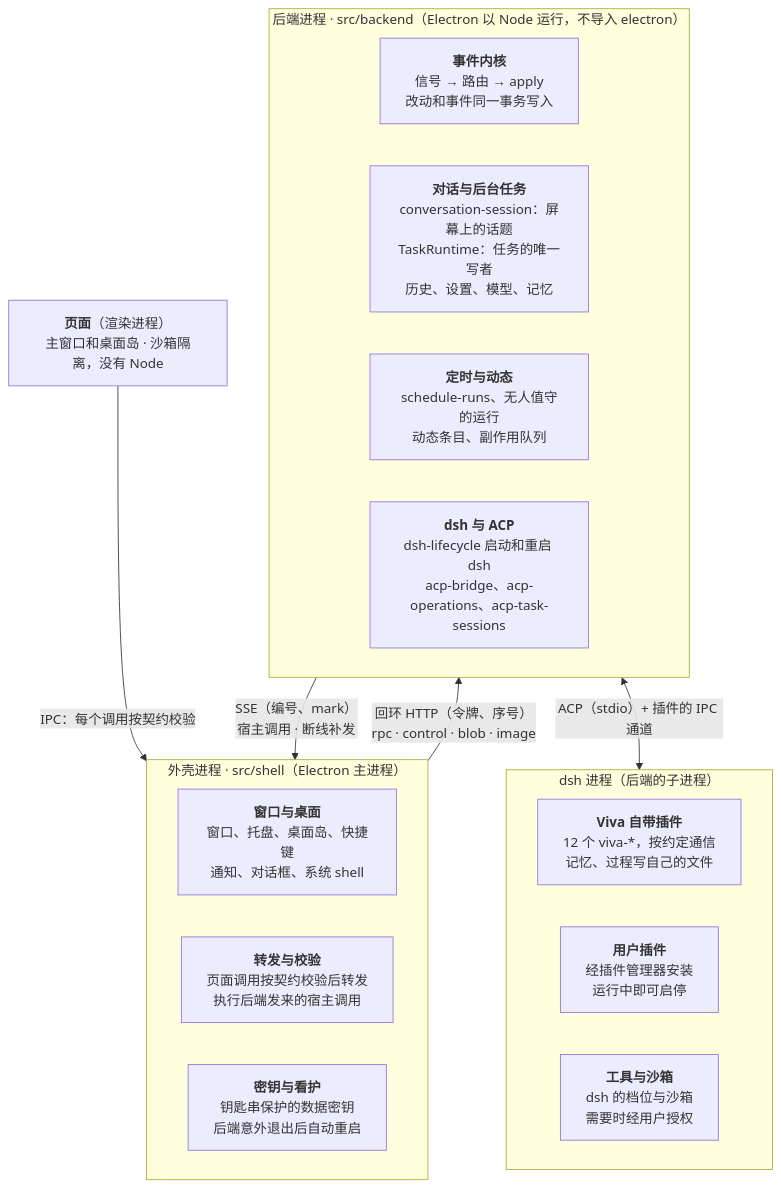
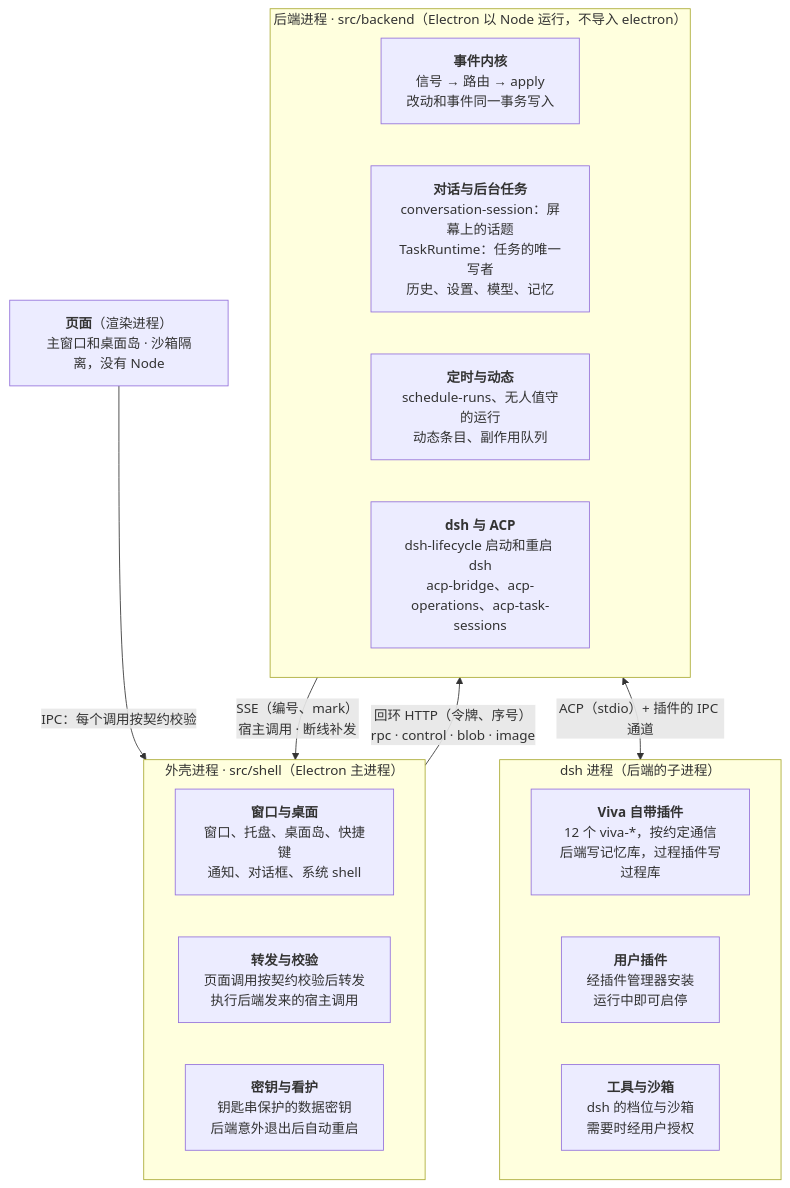
Before and after one commit to JNS0724/Viva: the diagram in docs/system-design.zh-CN.md, drawn with Mermaid. The commit also changed other lines of this file and 200 other files, not shown here.

````diff
--- a/docs/system-design.zh-CN.md
+++ b/docs/system-design.zh-CN.md
@@ -24,24 +24,24 @@
 ```mermaid
 flowchart TB
   pages["<b>页面</b>（渲染进程）<br/>主窗口和桌面岛 · 沙箱隔离，没有 Node"]
   subgraph shell["外壳进程 · src/shell（Electron 主进程）"]
     s1["<b>窗口与桌面</b><br/>窗口、托盘、桌面岛、快捷键<br/>通知、对话框、系统 shell"]
     s2["<b>转发与校验</b><br/>页面调用按契约校验后转发<br/>执行后端发来的宿主调用"]
     s3["<b>密钥与看护</b><br/>钥匙串保护的数据密钥<br/>后端意外退出后自动重启"]
   end
   subgraph backend["后端进程 · src/backend（Electron 以 Node 运行，不导入 electron）"]
     b1["<b>事件内核</b><br/>信号 → 路由 → apply<br/>改动和事件同一事务写入"]
     b2["<b>对话与后台任务</b><br/>conversation-session：屏幕上的话题<br/>TaskRuntime：任务的唯一写者<br/>历史、设置、模型、记忆"]
     b3["<b>定时与动态</b><br/>schedule-runs、无人值守的运行<br/>动态条目、副作用队列"]
     b4["<b>dsh 与 ACP</b><br/>dsh-lifecycle 启动和重启 dsh<br/>acp-bridge、acp-operations、acp-task-sessions"]
   end
   subgraph dsh["dsh 进程（后端的子进程）"]
-    d1["<b>Viva 自带插件</b><br/>12 个 viva-*，按约定通信<br/>记忆、过程写自己的文件"]
+    d1["<b>Viva 自带插件</b><br/>12 个 viva-*，按约定通信<br/>后端写记忆库，过程插件写过程库"]
     d2["<b>用户插件</b><br/>经插件管理器安装<br/>运行中即可启停"]
     d3["<b>工具与沙箱</b><br/>dsh 的档位与沙箱<br/>需要时经用户授权"]
   end
   pages -- "IPC：每个调用按契约校验" --> shell
   shell -- "回环 HTTP（令牌、序号）<br/>rpc · control · blob · image" --> backend
   backend -- "SSE（编号、mark）<br/>宿主调用 · 断线补发" --> shell
   backend <-->|"ACP（stdio）+ 插件的 IPC 通道"| dsh
 ```
````
